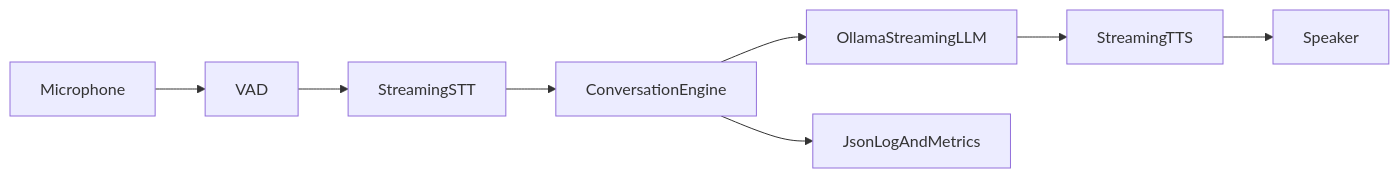
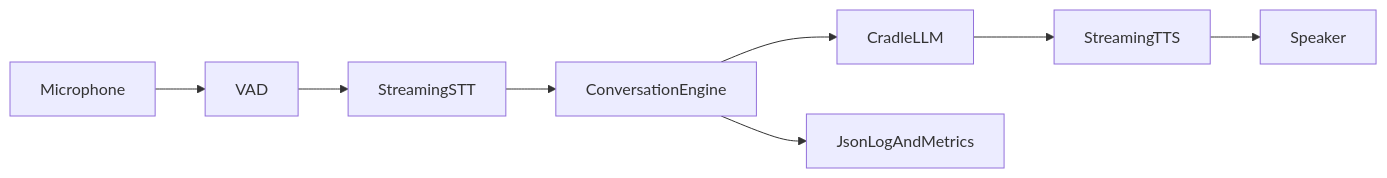
One commit to AncientiCe/aice changed the first of 16 diagrams in docs/architecture/README.md. Above: the diagram before and after it, drawn with Mermaid. The commit also changed other lines of this file and 11 other files, not shown here.

````diff
--- a/docs/architecture/README.md
+++ b/docs/architecture/README.md
@@ -11,10 +11,10 @@
 ```mermaid
 flowchart LR
     Mic[Microphone] --> VAD[VAD]
     VAD --> STT[StreamingSTT]
     STT --> Engine[ConversationEngine]
-    Engine --> LLM[OllamaStreamingLLM]
+    Engine --> LLM[CradleLLM]
     LLM --> TTS[StreamingTTS]
     TTS --> Speaker[Speaker]
     Engine --> Metrics[JsonLogAndMetrics]
 ```
````
